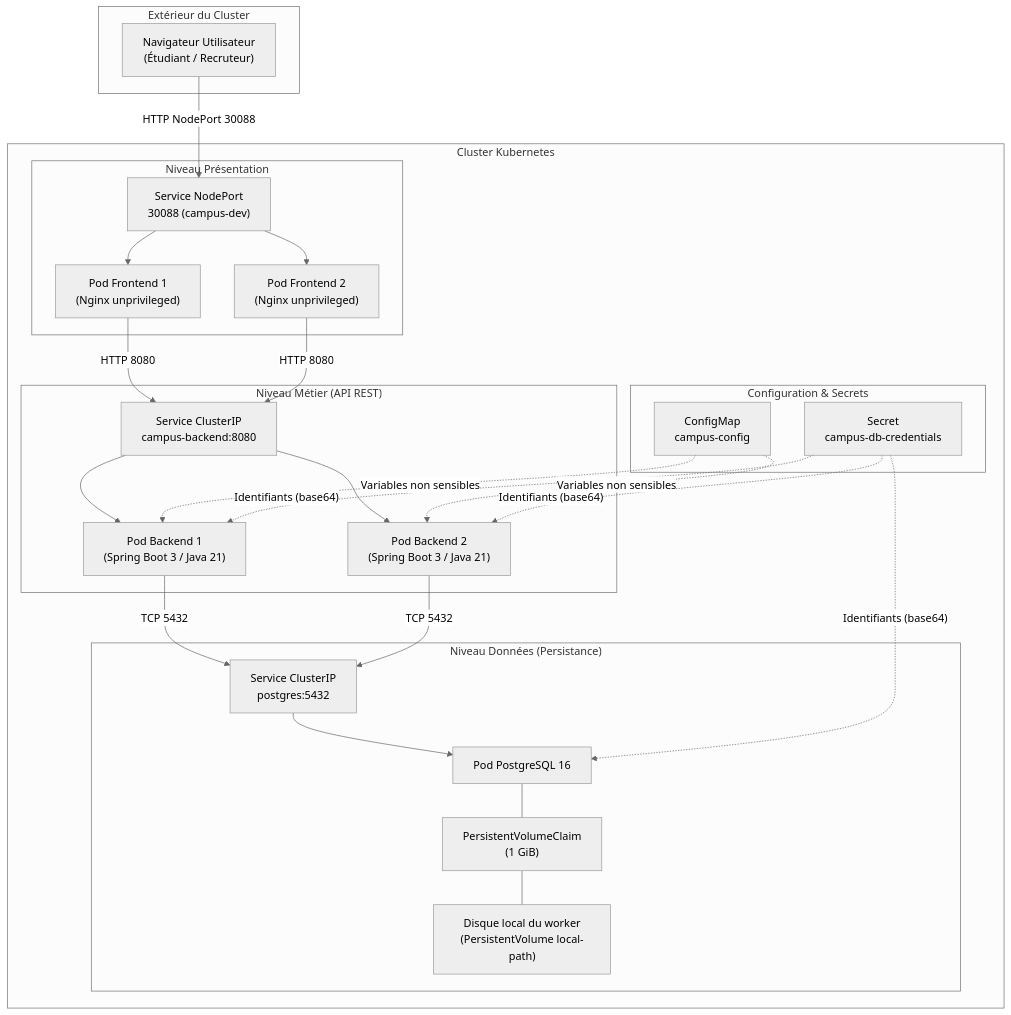
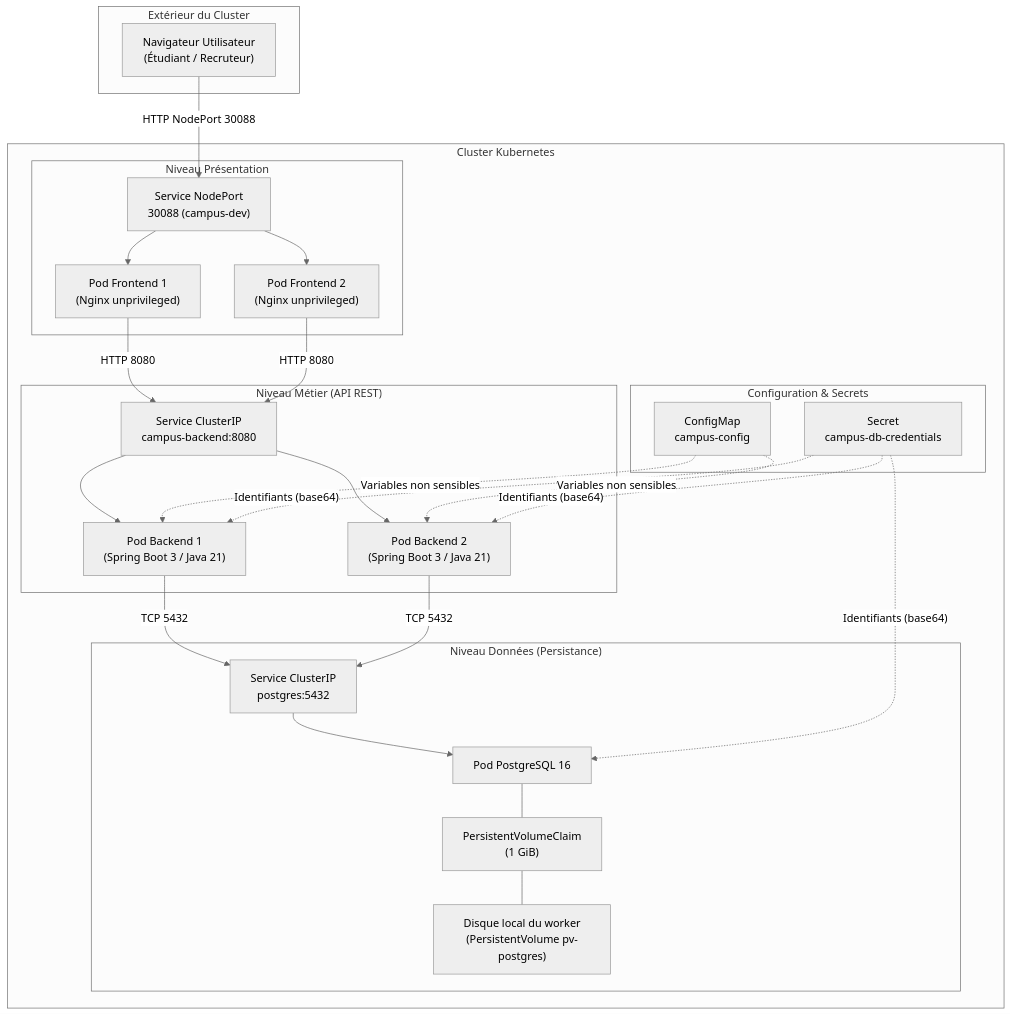
Before and after one commit to Rym28/kubernetes-training: the diagram in docs/application.md, drawn with Mermaid (neutral theme). The commit also changed 11 other files, not shown here.

````diff
--- a/docs/application.md
+++ b/docs/application.md
@@ -14,45 +14,45 @@
 ```mermaid
 flowchart TD
     subgraph Client["Extérieur du Cluster"]
         Browser["Navigateur Utilisateur<br/>(Étudiant / Recruteur)"]
     end
 
     subgraph K8s["Cluster Kubernetes"]
         subgraph FrontTier["Niveau Présentation"]
             NodePortSvc["Service NodePort<br/>30088 (campus-dev)"]
             FE_Pod1["Pod Frontend 1<br/>(Nginx unprivileged)"]
             FE_Pod2["Pod Frontend 2<br/>(Nginx unprivileged)"]
         end
 
         subgraph BackTier["Niveau Métier (API REST)"]
             BackSvc["Service ClusterIP<br/>campus-backend:8080"]
             BE_Pod1["Pod Backend 1<br/>(Spring Boot 3 / Java 21)"]
             BE_Pod2["Pod Backend 2<br/>(Spring Boot 3 / Java 21)"]
         end
 
         subgraph DataTier["Niveau Données (Persistance)"]
             DBSvc["Service ClusterIP<br/>postgres:5432"]
             DB_Pod["Pod PostgreSQL 16"]
             PVC["PersistentVolumeClaim<br/>(1 GiB)"]
-            PV["Disque local du worker<br/>(PersistentVolume local-path)"]
+            PV["Disque local du worker<br/>(PersistentVolume pv-postgres)"]
         end
 
         subgraph ConfigSec["Configuration & Secrets"]
             CM["ConfigMap<br/>campus-config"]
             SEC["Secret<br/>campus-db-credentials"]
         end
     end
 
     Browser -->|HTTP NodePort 30088| NodePortSvc
     NodePortSvc --> FE_Pod1 & FE_Pod2
     FE_Pod1 & FE_Pod2 -->|HTTP 8080| BackSvc
     BackSvc --> BE_Pod1 & BE_Pod2
     BE_Pod1 & BE_Pod2 -->|TCP 5432| DBSvc
     DBSvc --> DB_Pod
     DB_Pod --- PVC
     PVC --- PV
 
     CM -.->|"Variables non sensibles"| BE_Pod1 & BE_Pod2
     SEC -.->|"Identifiants (base64)"| BE_Pod1 & BE_Pod2
     SEC -.->|"Identifiants (base64)"| DB_Pod
 ```
````
